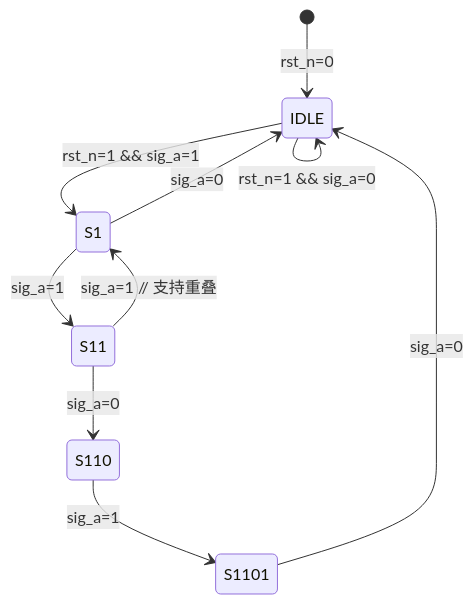
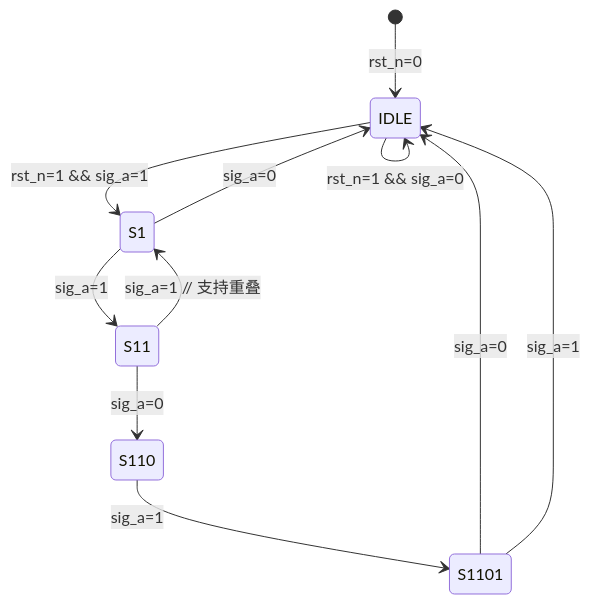
Before and after one commit to a784517106/iodraw-files: the diagram in all/未命名-2.md, drawn with Mermaid.

Commit message:
2024-09-18 23:29:51 update

````diff
--- a/all/未命名-2.md
+++ b/all/未命名-2.md
@@ -1,16 +1,16 @@
 ```mermaid
 stateDiagram
     [*] --> IDLE : rst_n=0
     IDLE --> S1 : rst_n=1 && sig_a=1
     IDLE --> IDLE : rst_n=1 && sig_a=0
 
     S1 --> S11 : sig_a=1
     S1 --> IDLE : sig_a=0
 
     S11 --> S110 : sig_a=0
     S11 --> S1 : sig_a=1  // 支持重叠
 
     S110 --> S1101 : sig_a=1
     S1101 --> IDLE : sig_a=0
-    
+    S1101 --> IDLE : sig_a=1
 ```
````
